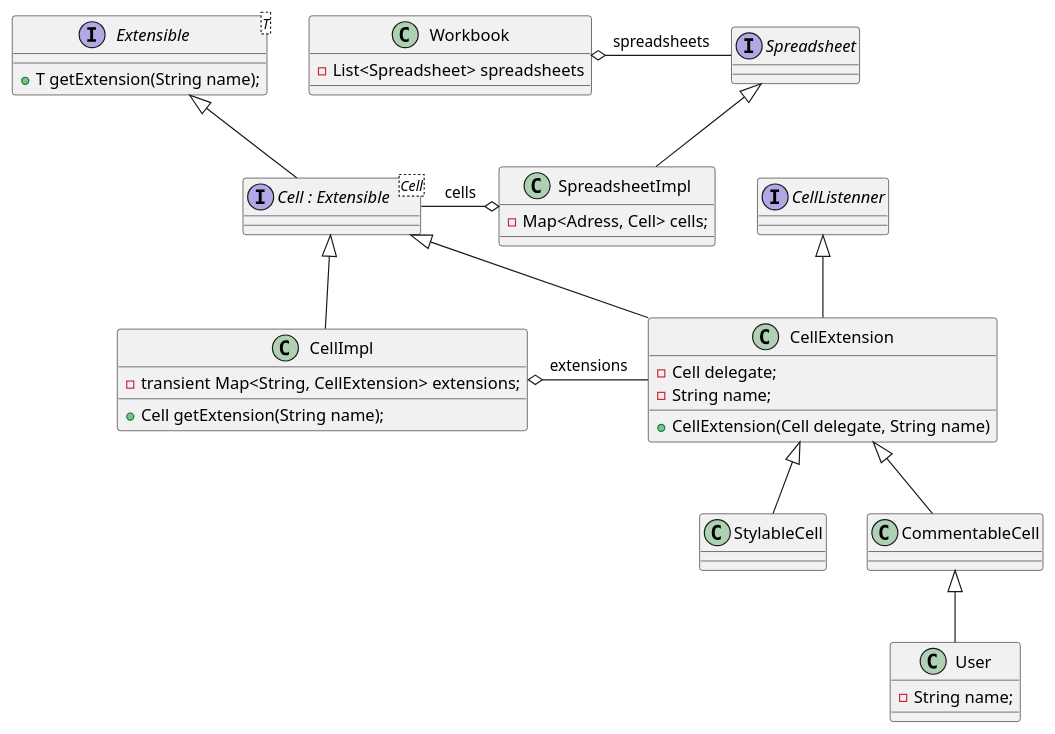
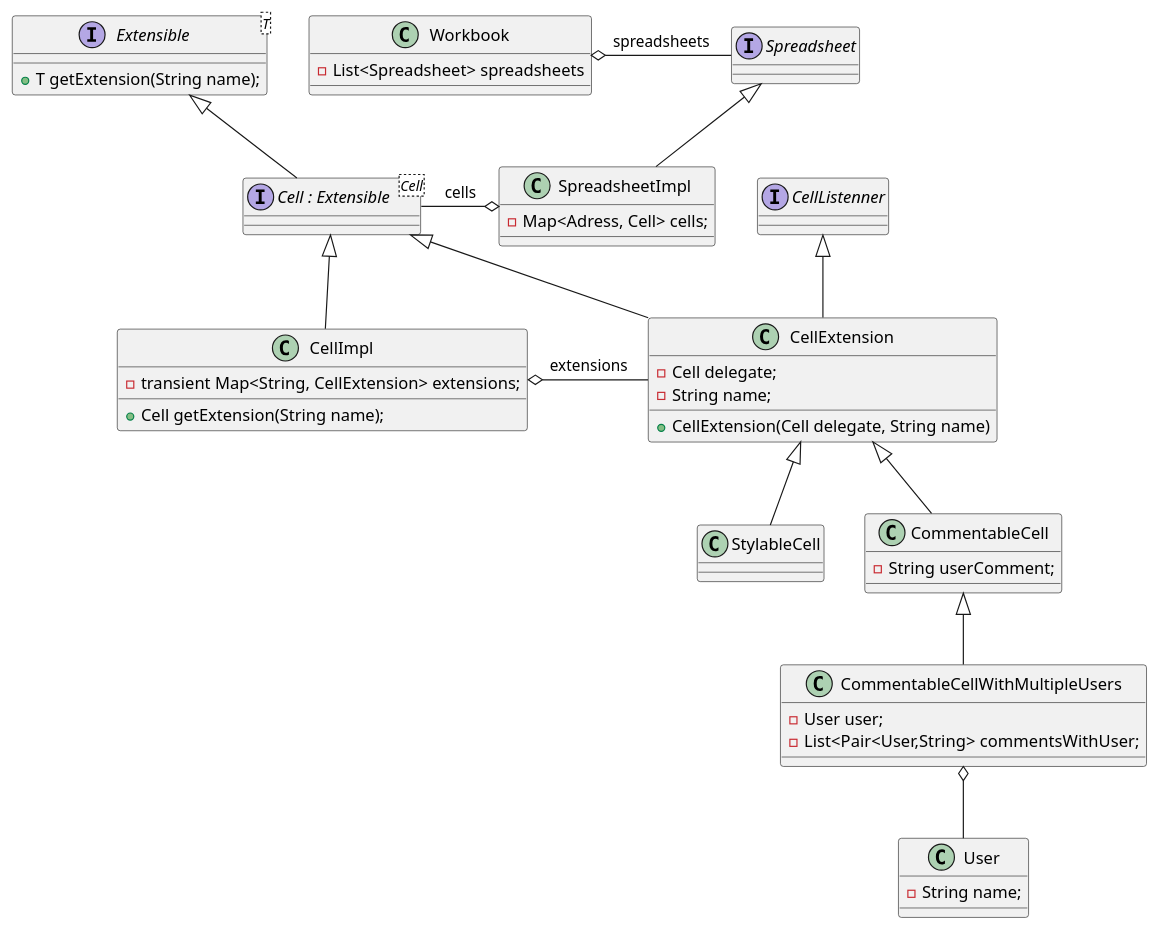
One commit to MikeTekOn/lapr4-2017-2dd changed the diagram in src/main/java/lapr4/red/s1/core/n1150690/comments/core02_02_analysis_domain_model.puml. Above: the diagram before and after it, drawn with PlantUML. The commit also changed 4 other files, not shown here.

```diff
--- a/src/main/java/lapr4/red/s1/core/n1150690/comments/core02_02_analysis_domain_model.puml
+++ b/src/main/java/lapr4/red/s1/core/n1150690/comments/core02_02_analysis_domain_model.puml
@@ -1,56 +1,62 @@
 @startuml core02_01_analysis_cell_delegate.png
     interface Extensible<T> {
         +T getExtension(String name);
     }
     interface "Cell : Extensible<Cell>" as Cell {
     }
     class CellImpl {
         -transient Map<String, CellExtension> extensions;
         +Cell getExtension(String name);
     }
     class CellExtension {
 	-Cell delegate;
 	-String name;
         +CellExtension(Cell delegate, String name)
     }
     class StylableCell {
     }
     interface CellListenner {
     }
     class "CommentableCell" as CommentableCell {
+        -String userComment;
+    }
+    class "CommentableCellWithMultipleUsers" as comUsers {
+        -User user;
+        -List<Pair<User,String> commentsWithUser;
     }
 
     class User{
         -String name;
     }
 
     interface Spreadsheet{
     }
 
     class SpreadsheetImpl{
         -Map<Adress, Cell> cells;
     }
     
     class Workbook{
         -List<Spreadsheet> spreadsheets
     }
 
     Extensible <|-- Cell
 
     Cell <|-- CellExtension
     CellListenner <|-- CellExtension
     CellExtension <|-- StylableCell
 
     Cell <|-- CellImpl
 
     CellImpl o- CellExtension : extensions
 
     CellExtension <|-- CommentableCell
-    CommentableCell <|-- User
+    CommentableCell <|-- comUsers
+    comUsers o-- User
     
     Spreadsheet <|-- SpreadsheetImpl
     SpreadsheetImpl o- Cell: cells
     
     Workbook o- Spreadsheet: spreadsheets
 
 @enduml
```
